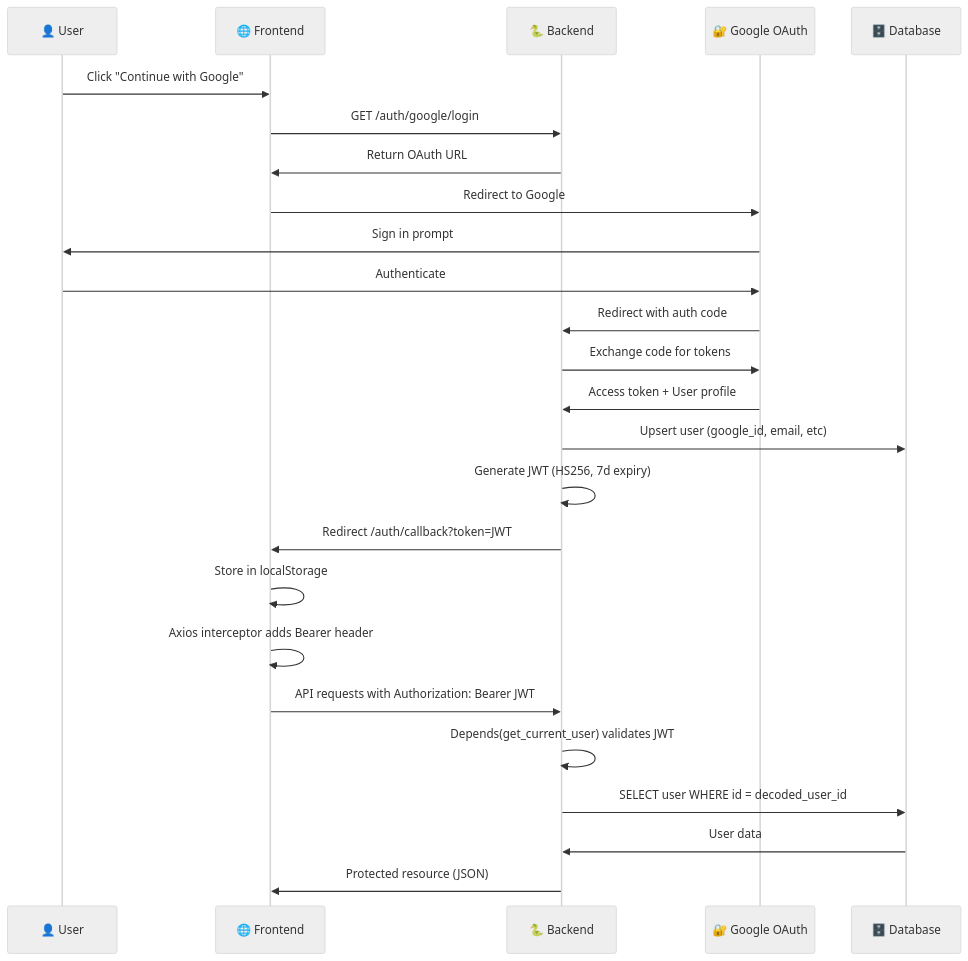
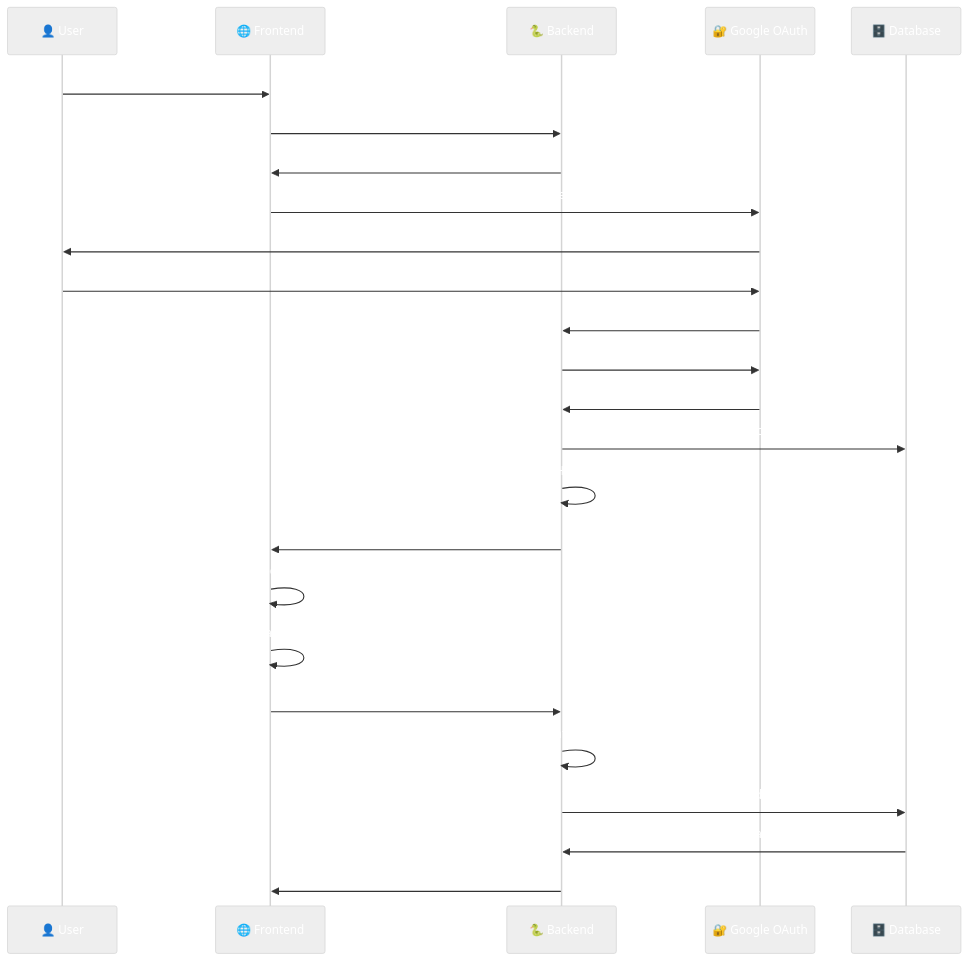
The fourth of 6 diagrams in docs/ARCHITECTURE.md (shra1-honade/protein-calorie-tracker), drawn with Mermaid before and after one commit.

Commit message:
Set authentication diagram text to white for better contrast

````diff
--- a/docs/ARCHITECTURE.md
+++ b/docs/ARCHITECTURE.md
@@ -122,29 +122,29 @@
 ```mermaid
-%%{init: {'theme':'neutral'}}%%
+%%{init: {'theme':'neutral', 'themeVariables': { 'actorTextColor':'#FFF','signalTextColor':'#FFF','labelTextColor':'#FFF','loopTextColor':'#FFF','noteTextColor':'#FFF'}}}%%
 sequenceDiagram
     participant U as 👤 User
     participant F as 🌐 Frontend
     participant B as 🐍 Backend
     participant G as 🔐 Google OAuth
     participant D as 🗄️ Database
 
     U->>F: Click "Continue with Google"
     F->>B: GET /auth/google/login
     B->>F: Return OAuth URL
     F->>G: Redirect to Google
     G->>U: Sign in prompt
     U->>G: Authenticate
     G->>B: Redirect with auth code
     B->>G: Exchange code for tokens
     G->>B: Access token + User profile
     B->>D: Upsert user (google_id, email, etc)
     B->>B: Generate JWT (HS256, 7d expiry)
     B->>F: Redirect /auth/callback?token=JWT
     F->>F: Store in localStorage
     F->>F: Axios interceptor adds Bearer header
     F->>B: API requests with Authorization: Bearer JWT
     B->>B: Depends(get_current_user) validates JWT
     B->>D: SELECT user WHERE id = decoded_user_id
     D->>B: User data
     B->>F: Protected resource (JSON)
 ```
````
